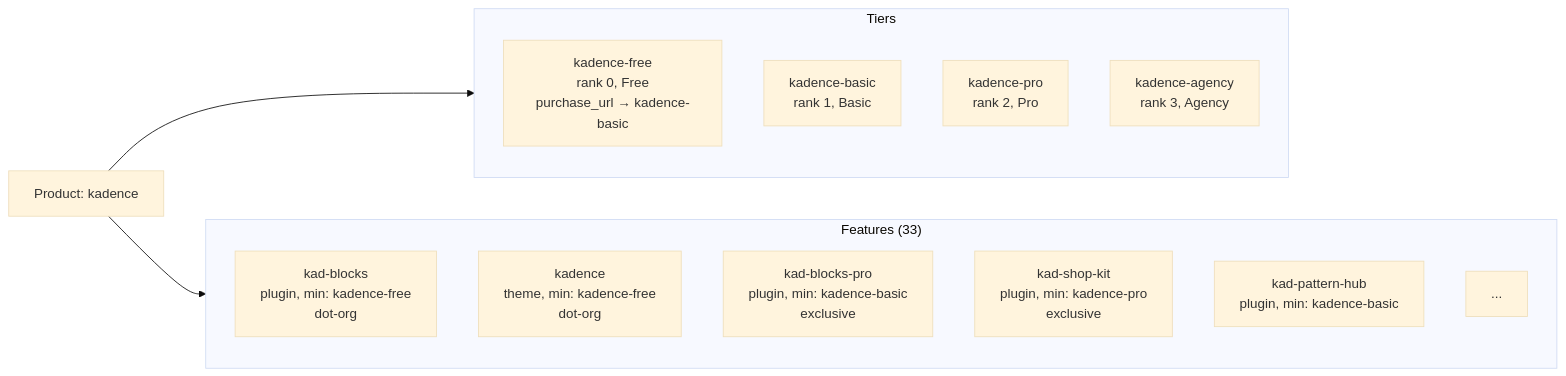
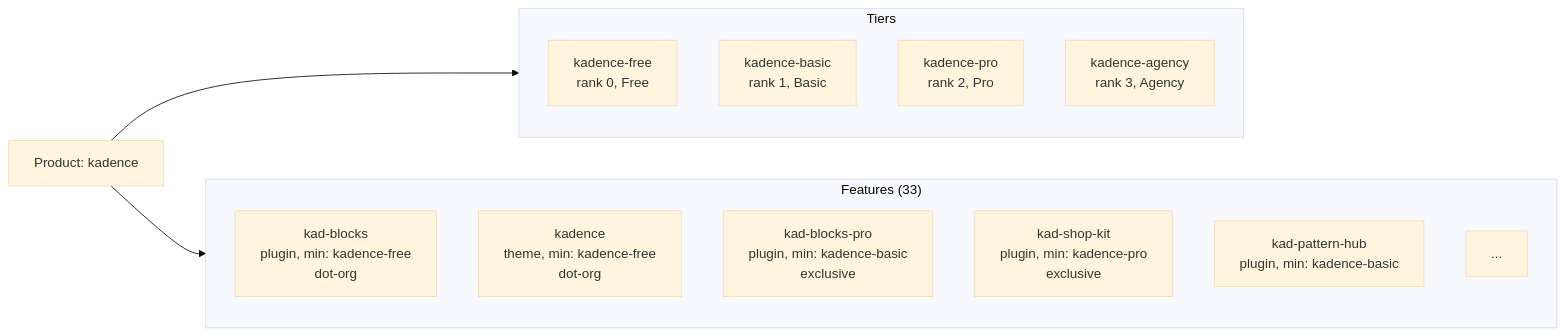
The diagram in docs/subsystems/catalog.md (stellarwp/harbor), drawn with Mermaid (base theme) before and after one commit. The commit also changed other lines of this file and 46 other files, not shown here.

````diff
--- a/docs/subsystems/catalog.md
+++ b/docs/subsystems/catalog.md
@@ -125,23 +129,23 @@
 ```mermaid
 graph LR
     Product["Product: kadence"]
 
     Product --> Tiers
     Product --> Features["Features (33)"]
 
     subgraph Tiers
-        T0["kadence-free\nrank 0, Free\npurchase_url → kadence-basic"]
+        T0["kadence-free\nrank 0, Free"]
         T1["kadence-basic\nrank 1, Basic"]
         T2["kadence-pro\nrank 2, Pro"]
         T3["kadence-agency\nrank 3, Agency"]
     end
 
     subgraph Features["Features (33)"]
         F1["kad-blocks\nplugin, min: kadence-free\ndot-org"]
         F2["kadence\ntheme, min: kadence-free\ndot-org"]
         F3["kad-blocks-pro\nplugin, min: kadence-basic\nexclusive"]
         F4["kad-shop-kit\nplugin, min: kadence-pro\nexclusive"]
         F5["kad-pattern-hub\nplugin, min: kadence-basic"]
         F6["..."]
     end
 ```
````
